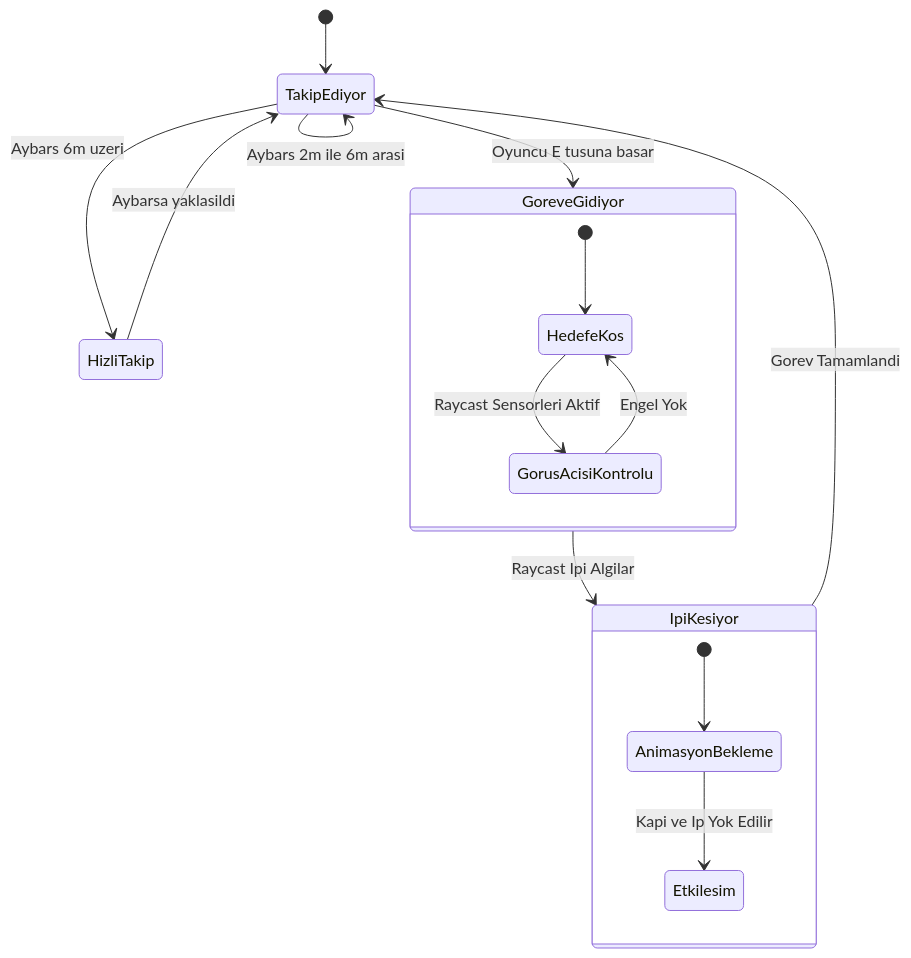
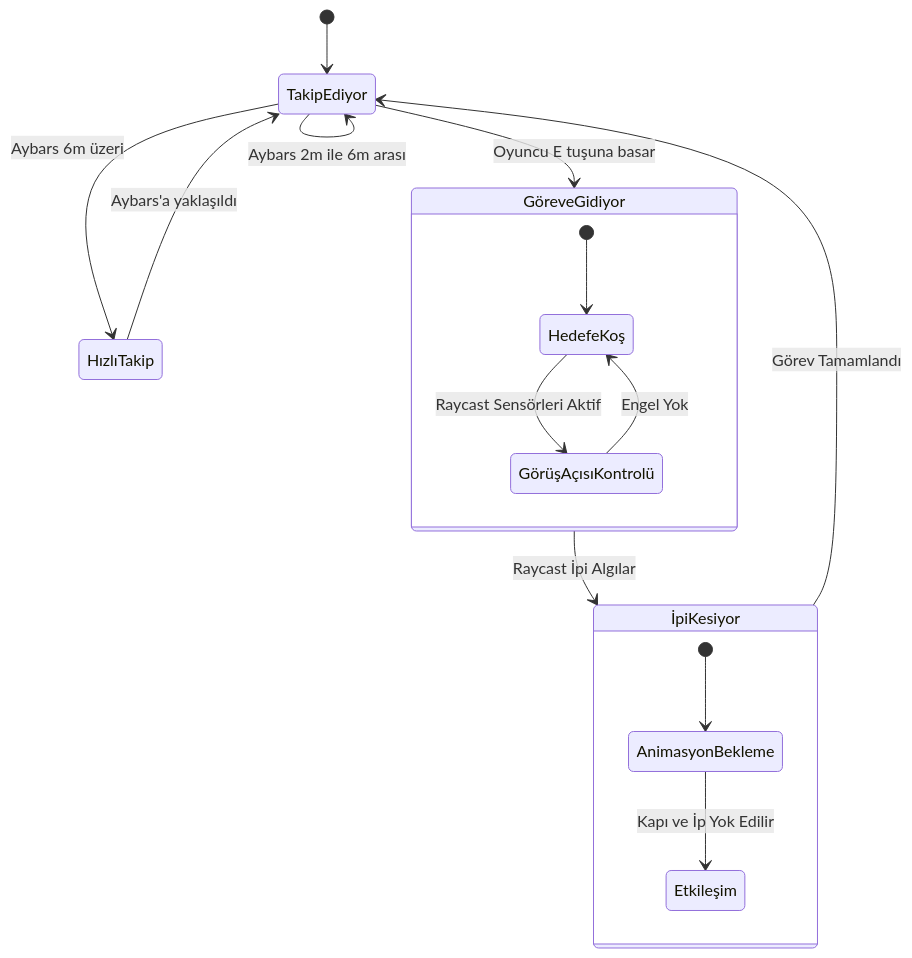
Before and after one commit to SlymYsf/BorununYolu: the first of 3 diagrams in README.md, drawn with Mermaid.

Commit message:
README dosyası güncellendi

````diff
--- a/README.md
+++ b/README.md
@@ -18,20 +18,19 @@
 ```mermaid
 stateDiagram-v2
 [*] --> TakipEdiyor
-TakipEdiyor --> TakipEdiyor : Aybars 2m ile 6m arasi
-TakipEdiyor --> HizliTakip : Aybars 6m uzeri
-HizliTakip --> TakipEdiyor : Aybarsa yaklasildi
-TakipEdiyor --> GoreveGidiyor : Oyuncu E tusuna basar
-state GoreveGidiyor {
-[*] --> HedefeKos
-HedefeKos --> GorusAcisiKontrolu : Raycast Sensorleri Aktif
-GorusAcisiKontrolu --> HedefeKos : Engel Yok
+TakipEdiyor --> TakipEdiyor : Aybars 2m ile 6m arası
+TakipEdiyor --> HızlıTakip : Aybars 6m üzeri
+HızlıTakip --> TakipEdiyor : Aybars'a yaklaşıldı
+TakipEdiyor --> GöreveGidiyor : Oyuncu E tuşuna basar
+state GöreveGidiyor {
+[*] --> HedefeKoş
+HedefeKoş --> GörüşAçısıKontrolü : Raycast Sensörleri Aktif
+GörüşAçısıKontrolü --> HedefeKoş : Engel Yok
 }
-GoreveGidiyor --> IpiKesiyor : Raycast Ipi Algilar
-state IpiKesiyor {
+GöreveGidiyor --> İpiKesiyor : Raycast İpi Algılar
+state İpiKesiyor {
 [*] --> AnimasyonBekleme
-AnimasyonBekleme --> Etkilesim : Kapi ve Ip Yok Edilir
+AnimasyonBekleme --> Etkileşim : Kapı ve İp Yok Edilir
 }
-IpiKesiyor --> TakipEdiyor : Gorev Tamamlandi
-
+İpiKesiyor --> TakipEdiyor : Görev Tamamlandı
 ```
````
